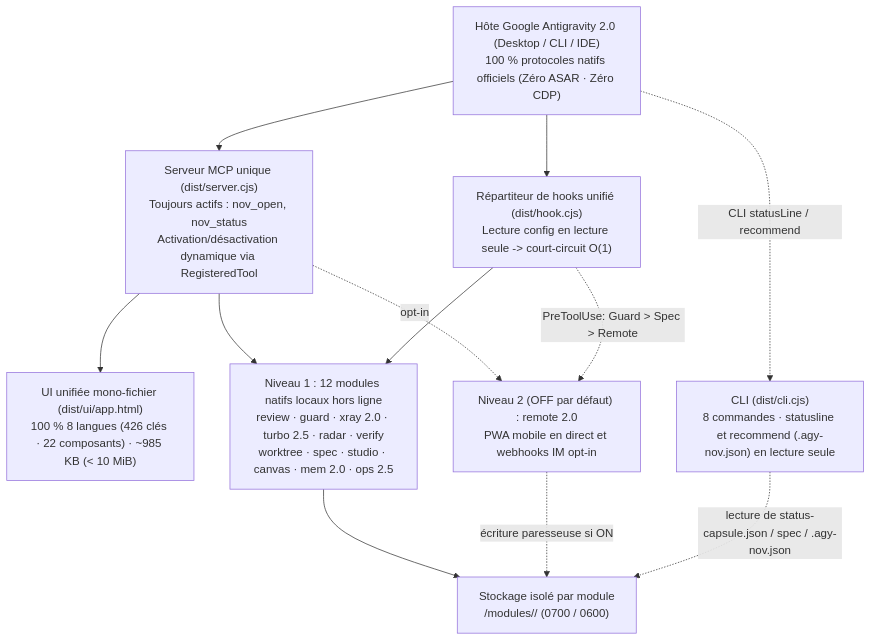
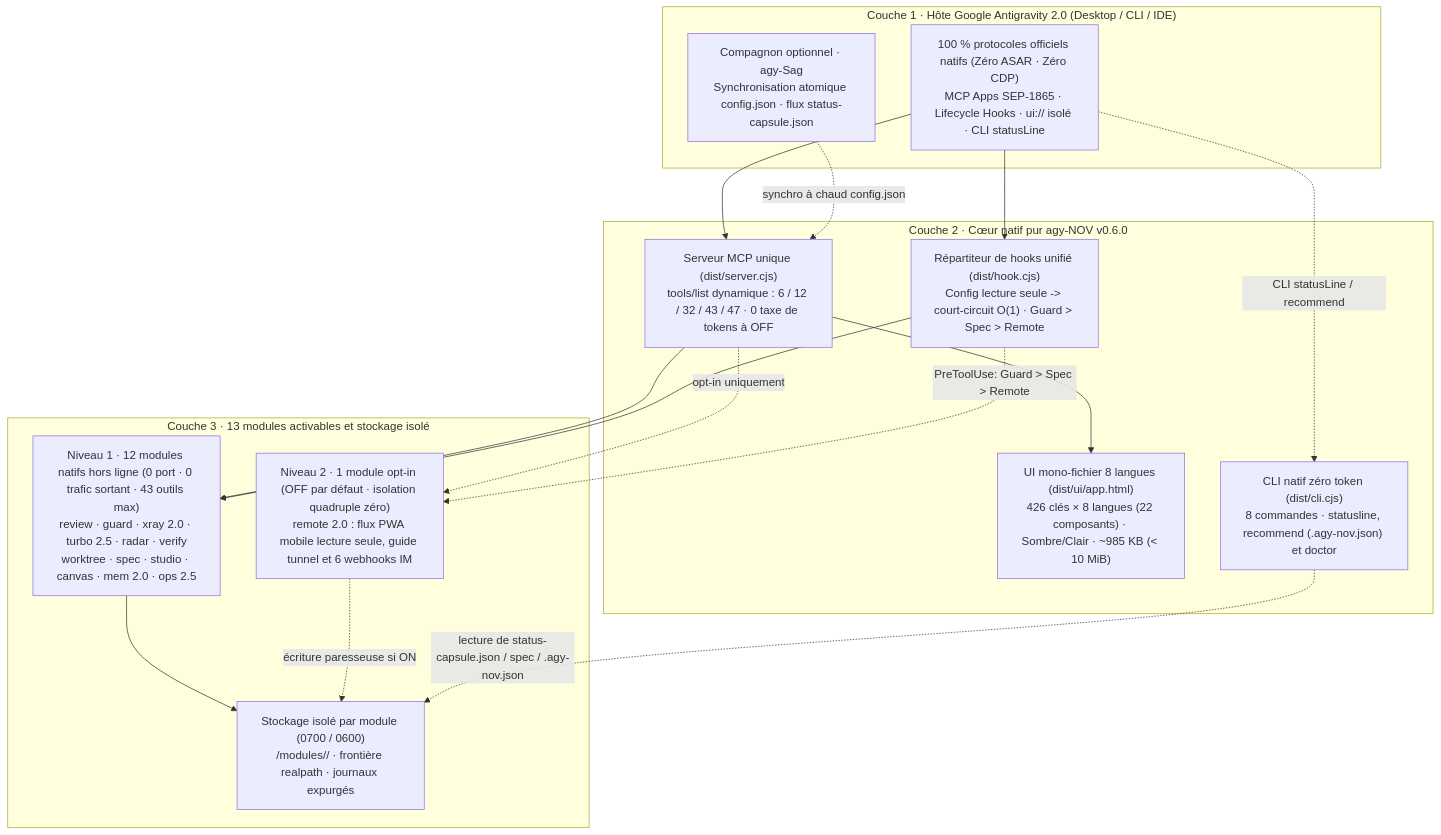
One commit to tone-leh/agy-NOV changed the diagram in docs/i18n/README.fr.md. Above: the diagram before and after it, drawn with Mermaid. The commit also changed other lines of this file and 11 other files, not shown here.

Commit message:
docs(readme): replace stale English hero/architecture SVGs with native localized Mermaid diagrams across all 8 locales

````diff
--- a/docs/i18n/README.fr.md
+++ b/docs/i18n/README.fr.md
@@ -226,23 +209,33 @@
 ```mermaid
 flowchart TB
-  Host["Hôte Google Antigravity 2.0 (Desktop / CLI / IDE)\n100 % protocoles natifs officiels (Zéro ASAR · Zéro CDP)"]
-  MCP["Serveur MCP unique (dist/server.cjs)\nToujours actifs : nov_open, nov_status\nActivation/désactivation dynamique via RegisteredTool"]
-  UI["UI unifiée mono-fichier (dist/ui/app.html)\n100 % 8 langues (426 clés · 22 composants) · ~985 KB (< 10 MiB)"]
-  Hook["Répartiteur de hooks unifié (dist/hook.cjs)\nLecture config en lecture seule -> court-circuit O(1)"]
-  CLI["CLI (dist/cli.cjs)\n8 commandes · statusline et recommend (.agy-nov.json) en lecture seule"]
-  Store["Stockage isolé par module\n<dataDir>/modules/<id>/ (0700 / 0600)"]
-  T1["Niveau 1 : 12 modules natifs locaux hors ligne\nreview · guard · xray 2.0 · turbo 2.5 · radar · verify\nworktree · spec · studio · canvas · mem 2.0 · ops 2.5"]
-  T2R["Niveau 2 (OFF par défaut) : remote 2.0\nPWA mobile en direct et webhooks IM opt-in"]
+  subgraph L1["Couche 1 · Hôte Google Antigravity 2.0 (Desktop / CLI / IDE)"]
+    Host["100 % protocoles officiels natifs (Zéro ASAR · Zéro CDP)\nMCP Apps SEP-1865 · Lifecycle Hooks · ui:// isolé · CLI statusLine"]
+    Sag["Compagnon optionnel · agy-Sag\nSynchronisation atomique config.json · flux status-capsule.json"]
+  end
+
+  subgraph L2["Couche 2 · Cœur natif pur agy-NOV v0.6.0"]
+    MCP["Serveur MCP unique (dist/server.cjs)\ntools/list dynamique : 6 / 12 / 32 / 43 / 47 · 0 taxe de tokens à OFF"]
+    Hook["Répartiteur de hooks unifié (dist/hook.cjs)\nConfig lecture seule -> court-circuit O(1) · Guard > Spec > Remote"]
+    UI["UI mono-fichier 8 langues (dist/ui/app.html)\n426 clés × 8 langues (22 composants) · Sombre/Clair · ~985 KB (< 10 MiB)"]
+    CLI["CLI natif zéro token (dist/cli.cjs)\n8 commandes · statusline, recommend (.agy-nov.json) et doctor"]
+  end
+
+  subgraph L3["Couche 3 · 13 modules activables et stockage isolé"]
+    T1["Niveau 1 · 12 modules natifs hors ligne (0 port · 0 trafic sortant · 43 outils max)\nreview · guard · xray 2.0 · turbo 2.5 · radar · verify\nworktree · spec · studio · canvas · mem 2.0 · ops 2.5"]
+    T2R["Niveau 2 · 1 module opt-in (OFF par défaut · isolation quadruple zéro)\nremote 2.0 : flux PWA mobile lecture seule, guide tunnel et 6 webhooks IM"]
+    Store["Stockage isolé par module (0700 / 0600)\n<dataDir>/modules/<id>/ · frontière realpath · journaux expurgés"]
+  end
 
   Host --> MCP
   Host --> Hook
   Host -. "CLI statusLine / recommend" .-> CLI
+  Sag -. "synchro à chaud config.json" .-> MCP
   MCP --> UI
   MCP --> T1
-  MCP -. "opt-in" .-> T2R
+  MCP -. "opt-in uniquement" .-> T2R
   Hook --> T1
   Hook -. "PreToolUse: Guard > Spec > Remote" .-> T2R
   T1 --> Store
   T2R -. "écriture paresseuse si ON" .-> Store
   CLI -. "lecture de status-capsule.json / spec / .agy-nov.json" .-> Store
 ```
````
